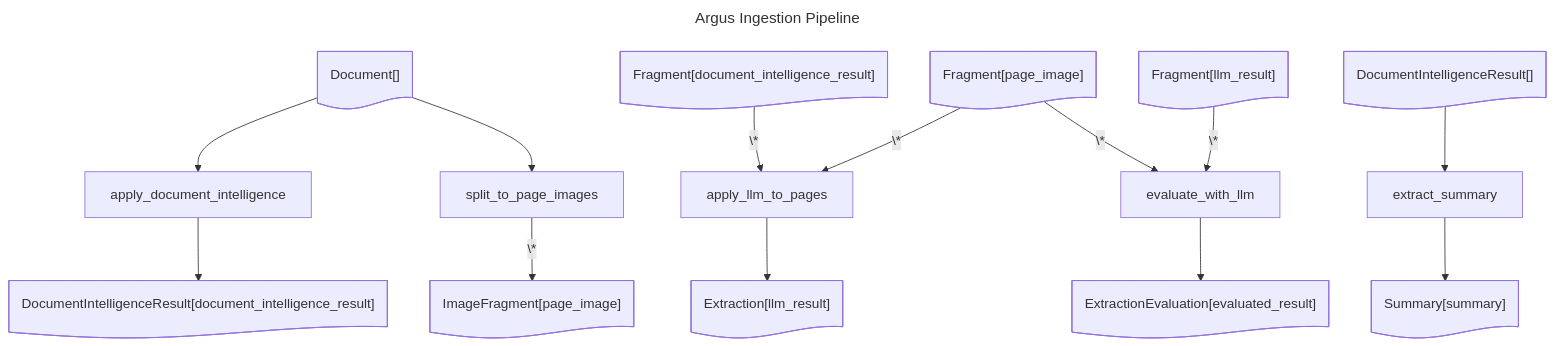
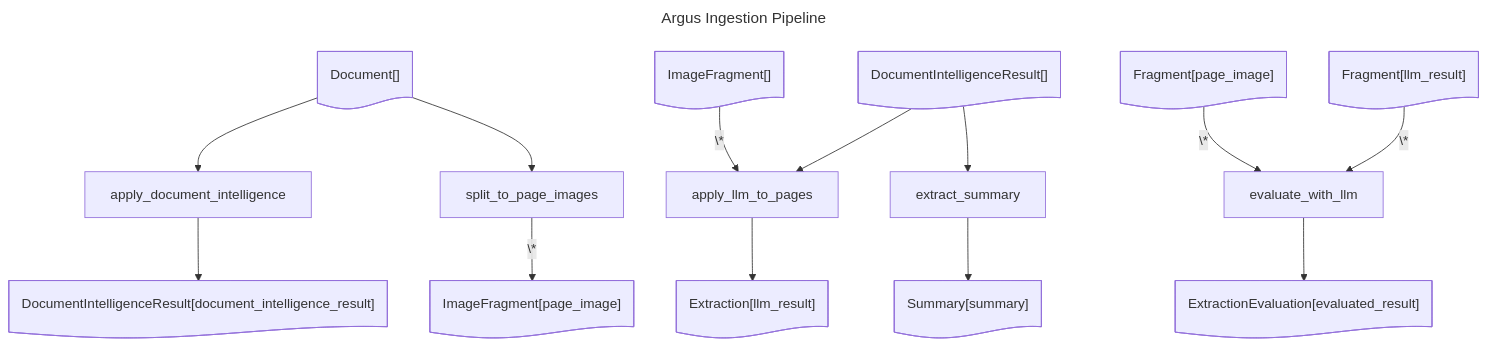
One commit to Azure-Samples/az-ai-catalyst changed the diagram in examples/argus.md. Above: the diagram before and after it, drawn with Mermaid. The commit also changed 6 other files, not shown here.

````diff
--- a/examples/argus.md
+++ b/examples/argus.md
@@ -1,33 +1,33 @@
 ```mermaid
 ---
 title: Argus Ingestion Pipeline
 ---
 flowchart TD
     Document_@{ shape: doc, label: "Document[]" }
     DocumentIntelligenceResult_document_intelligence_result@{ shape: doc, label: "DocumentIntelligenceResult[document_intelligence_result]" }
     apply_document_intelligence@{ shape: rect, label: "apply_document_intelligence" }
     ImageFragment_page_image@{ shape: doc, label: "ImageFragment[page_image]" }
     split_to_page_images@{ shape: rect, label: "split_to_page_images" }
-    Fragment_document_intelligence_result@{ shape: doc, label: "Fragment[document_intelligence_result]" }
-    Fragment_page_image@{ shape: doc, label: "Fragment[page_image]" }
+    DocumentIntelligenceResult_@{ shape: doc, label: "DocumentIntelligenceResult[]" }
+    ImageFragment_@{ shape: doc, label: "ImageFragment[]" }
     Extraction_llm_result@{ shape: doc, label: "Extraction[llm_result]" }
     apply_llm_to_pages@{ shape: rect, label: "apply_llm_to_pages" }
-    DocumentIntelligenceResult_@{ shape: doc, label: "DocumentIntelligenceResult[]" }
     Summary_summary@{ shape: doc, label: "Summary[summary]" }
     extract_summary@{ shape: rect, label: "extract_summary" }
     Fragment_llm_result@{ shape: doc, label: "Fragment[llm_result]" }
+    Fragment_page_image@{ shape: doc, label: "Fragment[page_image]" }
     ExtractionEvaluation_evaluated_result@{ shape: doc, label: "ExtractionEvaluation[evaluated_result]" }
     evaluate_with_llm@{ shape: rect, label: "evaluate_with_llm" }
     Document_ --> apply_document_intelligence
     apply_document_intelligence --> DocumentIntelligenceResult_document_intelligence_result
     Document_ --> split_to_page_images
     split_to_page_images -- \* --> ImageFragment_page_image
-    Fragment_document_intelligence_result -- \* --> apply_llm_to_pages
-    Fragment_page_image -- \* --> apply_llm_to_pages
+    DocumentIntelligenceResult_ --> apply_llm_to_pages
+    ImageFragment_ -- \* --> apply_llm_to_pages
     apply_llm_to_pages --> Extraction_llm_result
     DocumentIntelligenceResult_ --> extract_summary
     extract_summary --> Summary_summary
     Fragment_llm_result -- \* --> evaluate_with_llm
     Fragment_page_image -- \* --> evaluate_with_llm
     evaluate_with_llm --> ExtractionEvaluation_evaluated_result
 ```
````
